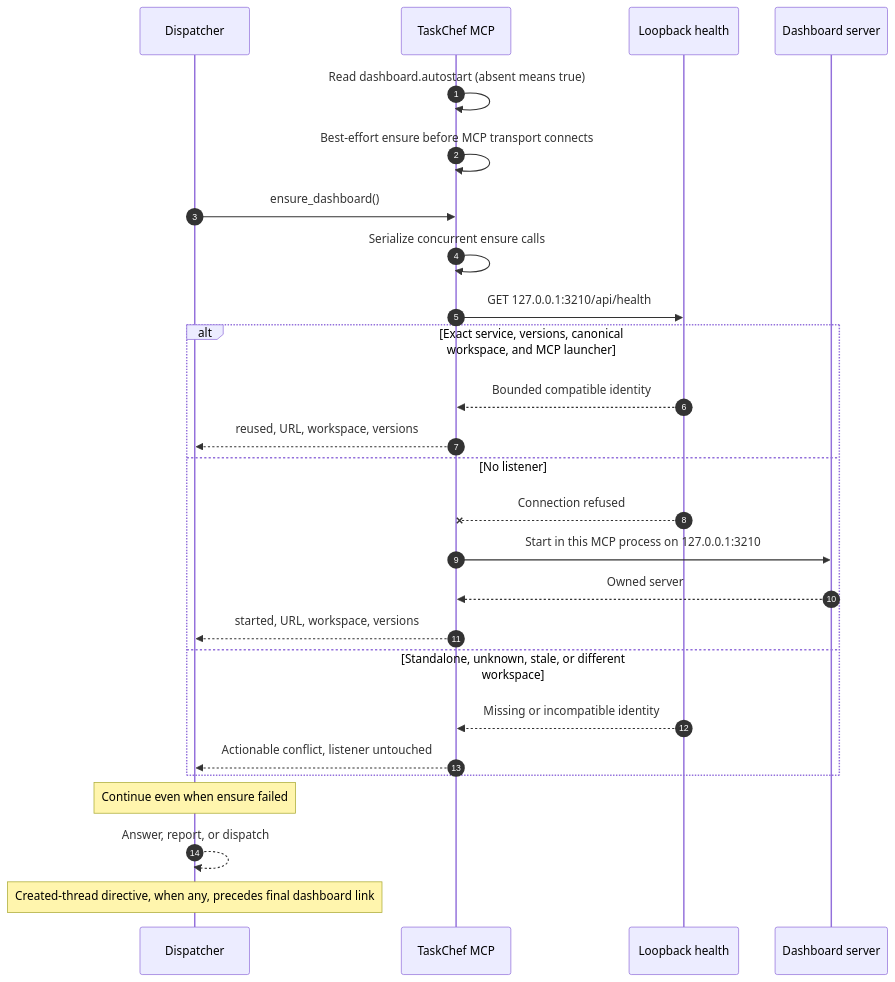
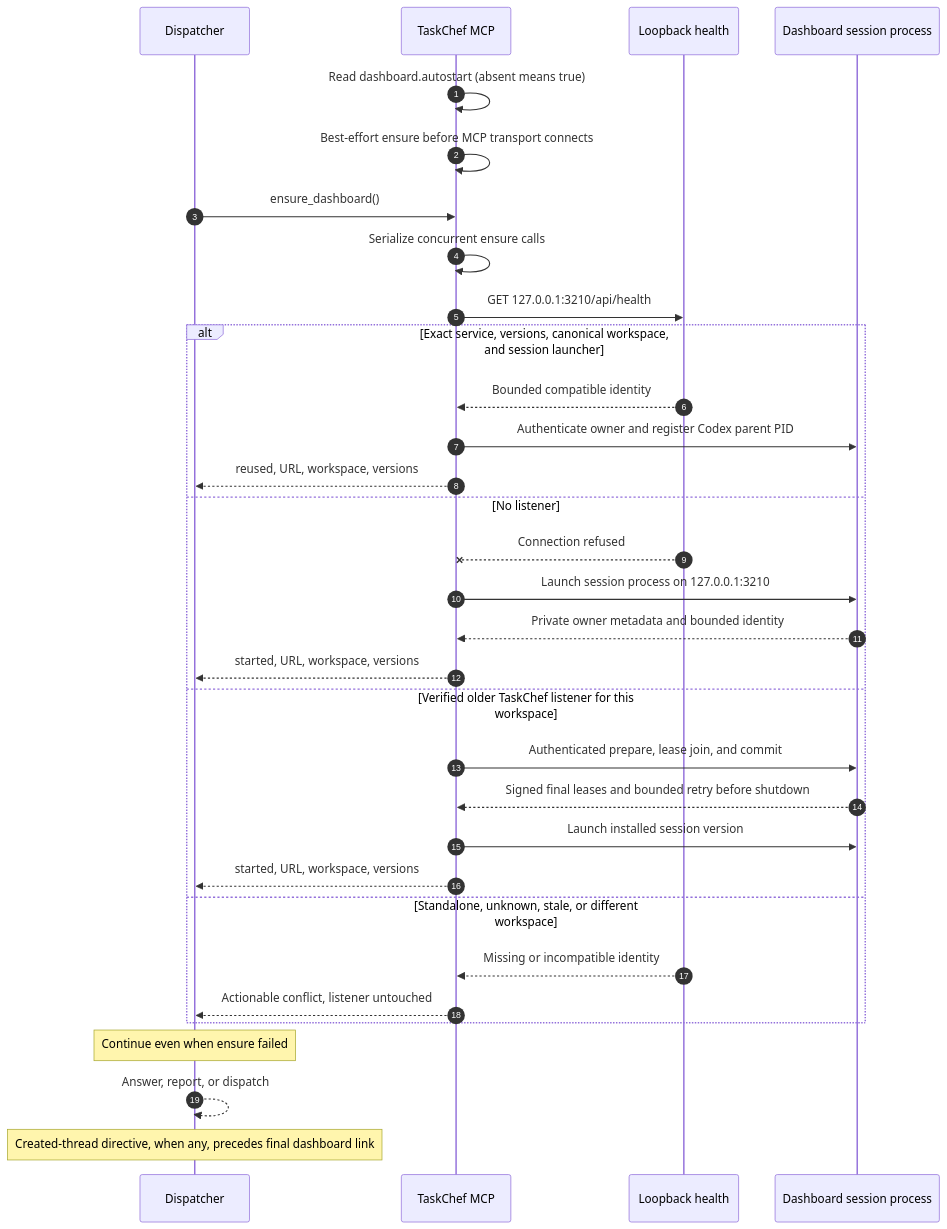
Before and after one commit to favoyang/taskchef: the first of 8 diagrams in docs/workflows.md, drawn with Mermaid. The commit also changed other lines of this file and 17 other files, not shown here.

Commit message:
fix: scope dashboard lifecycle to Codex sessions

````diff
--- a/docs/workflows.md
+++ b/docs/workflows.md
@@ -37,28 +40,34 @@
 ```mermaid
 sequenceDiagram
   autonumber
   participant D as Dispatcher
   participant M as TaskChef MCP
   participant H as Loopback health
-  participant S as Dashboard server
+  participant S as Dashboard session process
   M->>M: Read dashboard.autostart (absent means true)
   M->>M: Best-effort ensure before MCP transport connects
   D->>M: ensure_dashboard()
   M->>M: Serialize concurrent ensure calls
   M->>H: GET 127.0.0.1:3210/api/health
-  alt Exact service, versions, canonical workspace, and MCP launcher
+  alt Exact service, versions, canonical workspace, and session launcher
     H-->>M: Bounded compatible identity
+    M->>S: Authenticate owner and register Codex parent PID
     M-->>D: reused, URL, workspace, versions
   else No listener
     H--xM: Connection refused
-    M->>S: Start in this MCP process on 127.0.0.1:3210
-    S-->>M: Owned server
+    M->>S: Launch session process on 127.0.0.1:3210
+    S-->>M: Private owner metadata and bounded identity
+    M-->>D: started, URL, workspace, versions
+  else Verified older TaskChef listener for this workspace
+    M->>S: Authenticated prepare, lease join, and commit
+    S-->>M: Signed final leases and bounded retry before shutdown
+    M->>S: Launch installed session version
     M-->>D: started, URL, workspace, versions
   else Standalone, unknown, stale, or different workspace
     H-->>M: Missing or incompatible identity
     M-->>D: Actionable conflict, listener untouched
   end
   Note over D: Continue even when ensure failed
   D-->>D: Answer, report, or dispatch
   Note over D: Created-thread directive, when any, precedes final dashboard link
 ```
````
